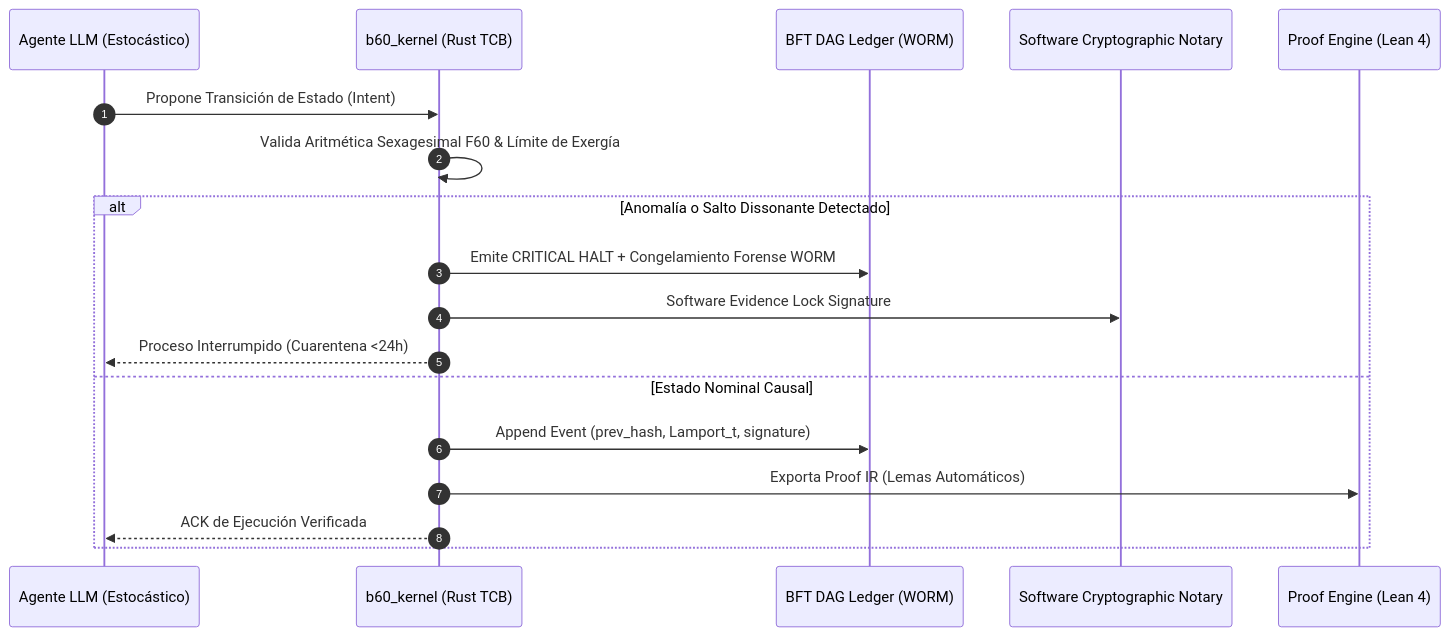
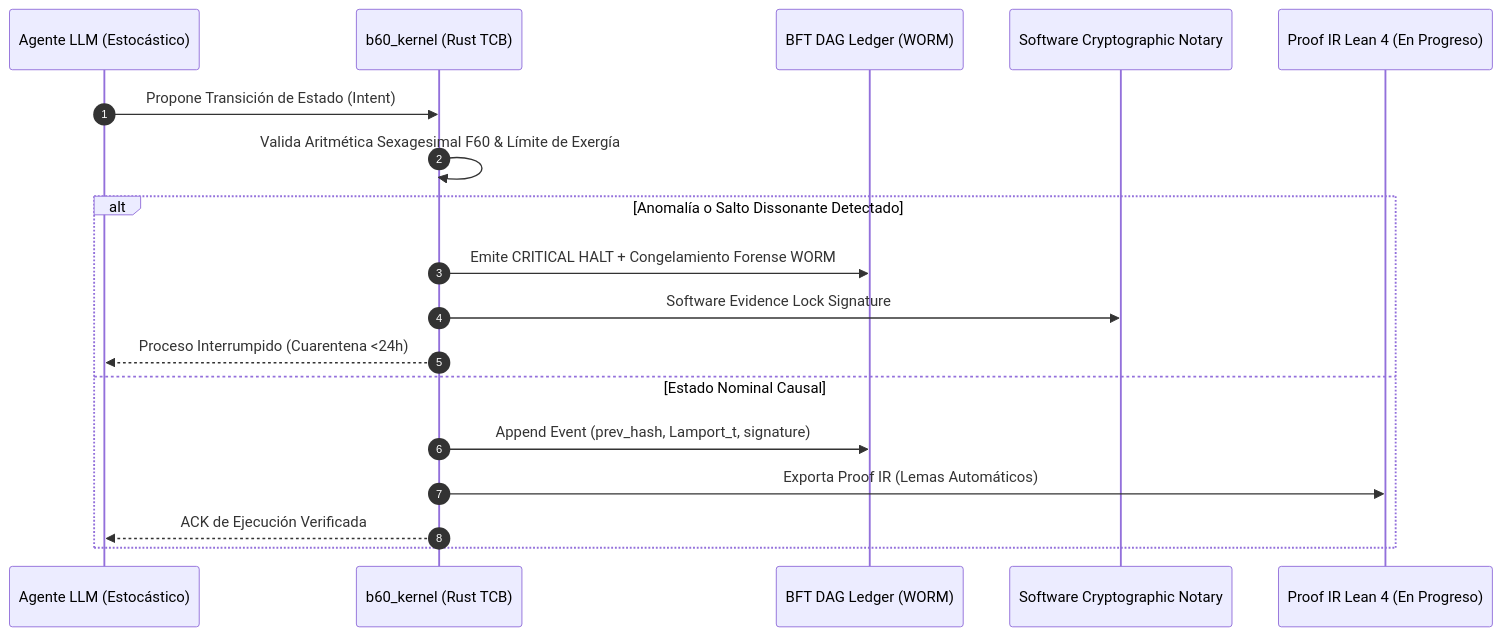
One commit to borjamoskv/BABYLON-60 changed the diagram in docs/04_research/eu_ai_act_compliance_whitepaper.md. Above: the diagram before and after it, drawn with Mermaid. The commit also changed other lines of this file, not shown here.

Commit message:
docs(research): epistemic purge — relabel TPM sealing as software WORM + roadmap, Lean 4 as in-progress (eu_ai_act_compliance_whitepaper.md)

````diff
--- a/docs/04_research/eu_ai_act_compliance_whitepaper.md
+++ b/docs/04_research/eu_ai_act_compliance_whitepaper.md
@@ -64,21 +64,21 @@
 ```mermaid
 sequenceDiagram
     autonumber
     participant LLM as Agente LLM (Estocástico)
     participant Kernel as b60_kernel (Rust TCB)
     participant Ledger as BFT DAG Ledger (WORM)
     participant TPM as Software Cryptographic Notary
-    participant Lean as Proof Engine (Lean 4)
+    participant Lean as Proof IR Lean 4 (En Progreso)
 
     LLM->>Kernel: Propone Transición de Estado (Intent)
     Kernel->>Kernel: Valida Aritmética Sexagesimal F60 & Límite de Exergía
     alt Anomalía o Salto Dissonante Detectado
         Kernel->>Ledger: Emite CRITICAL HALT + Congelamiento Forense WORM
         Kernel->>TPM: Software Evidence Lock Signature
         Kernel-->>LLM: Proceso Interrumpido (Cuarentena <24h)
     else Estado Nominal Causal
         Kernel->>Ledger: Append Event (prev_hash, Lamport_t, signature)
         Kernel->>Lean: Exporta Proof IR (Lemas Automáticos)
         Kernel-->>LLM: ACK de Ejecución Verificada
     end
 ```
````
